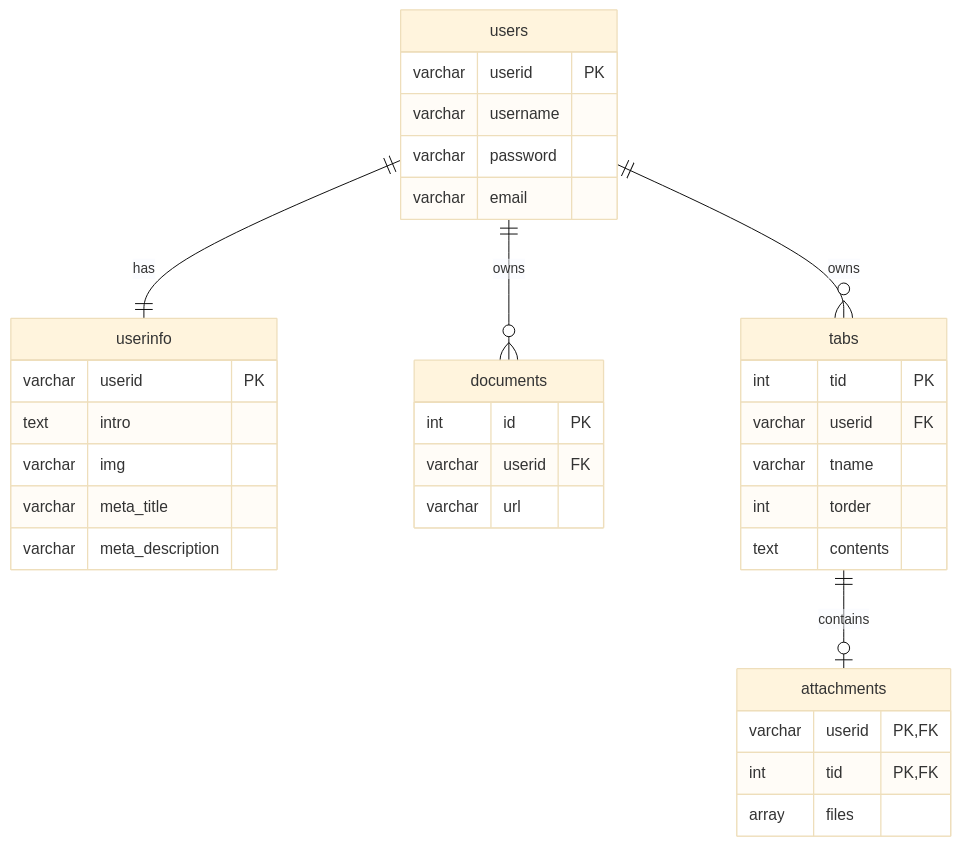
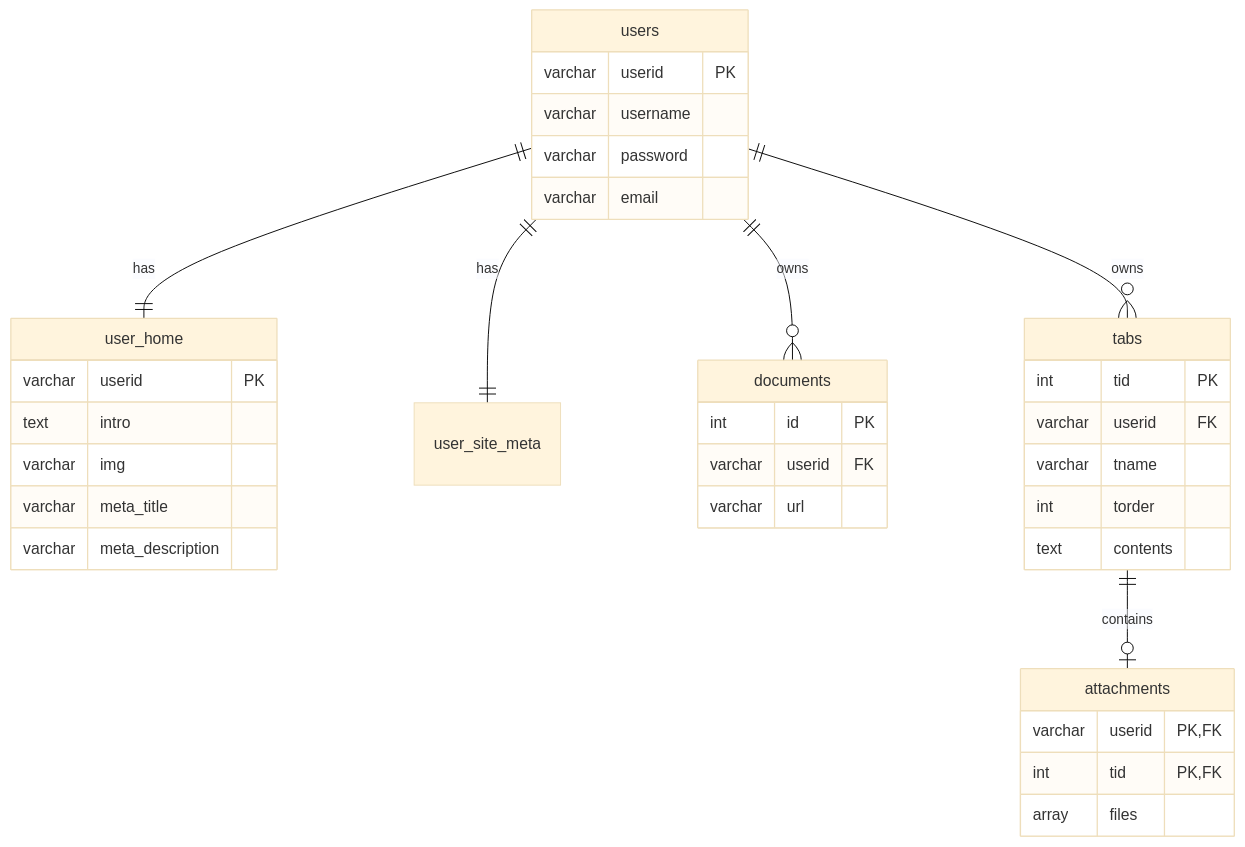
One commit to SihyeonHong/EasiestCV changed the diagram in README.md. Above: the diagram before and after it, drawn with Mermaid (base theme). The commit also changed other lines of this file and 11 other files, not shown here.

````diff
--- a/README.md
+++ b/README.md
@@ -18,44 +18,44 @@
 ```mermaid
 erDiagram
-    users ||--|| userinfo : has
+    users ||--|| user_home : has
+    users ||--|| user_site_meta : has
     users ||--o{ documents : owns
     users ||--o{ tabs : owns
     tabs ||--o| attachments : contains
 
     users {
         varchar userid PK
         varchar username
         varchar password
         varchar email
     }
-
-    userinfo {
-        varchar userid PK 
+    user_home {
+        varchar userid PK
         text intro
         varchar img
-        varchar meta_title  
-        varchar meta_description 
+        varchar meta_title
+        varchar meta_description
     }
 
     documents {
         int id PK
         varchar userid FK
         varchar url
     }
 
     tabs {
         int tid PK
         varchar userid FK
         varchar tname
         int torder
         text contents
     }
 
     attachments {
-        varchar userid PK, FK 
-        int tid PK, FK 
+        varchar userid PK, FK
+        int tid PK, FK
         array files
     }
 
 
 ```
````
